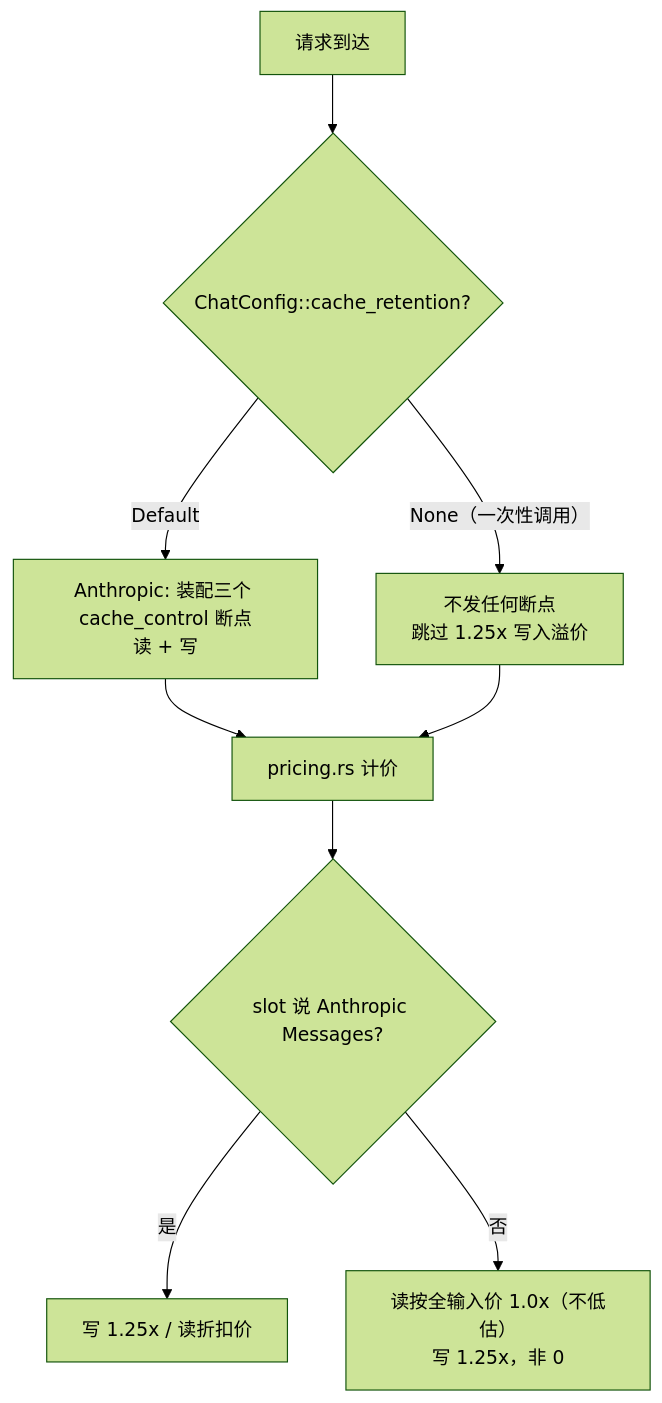
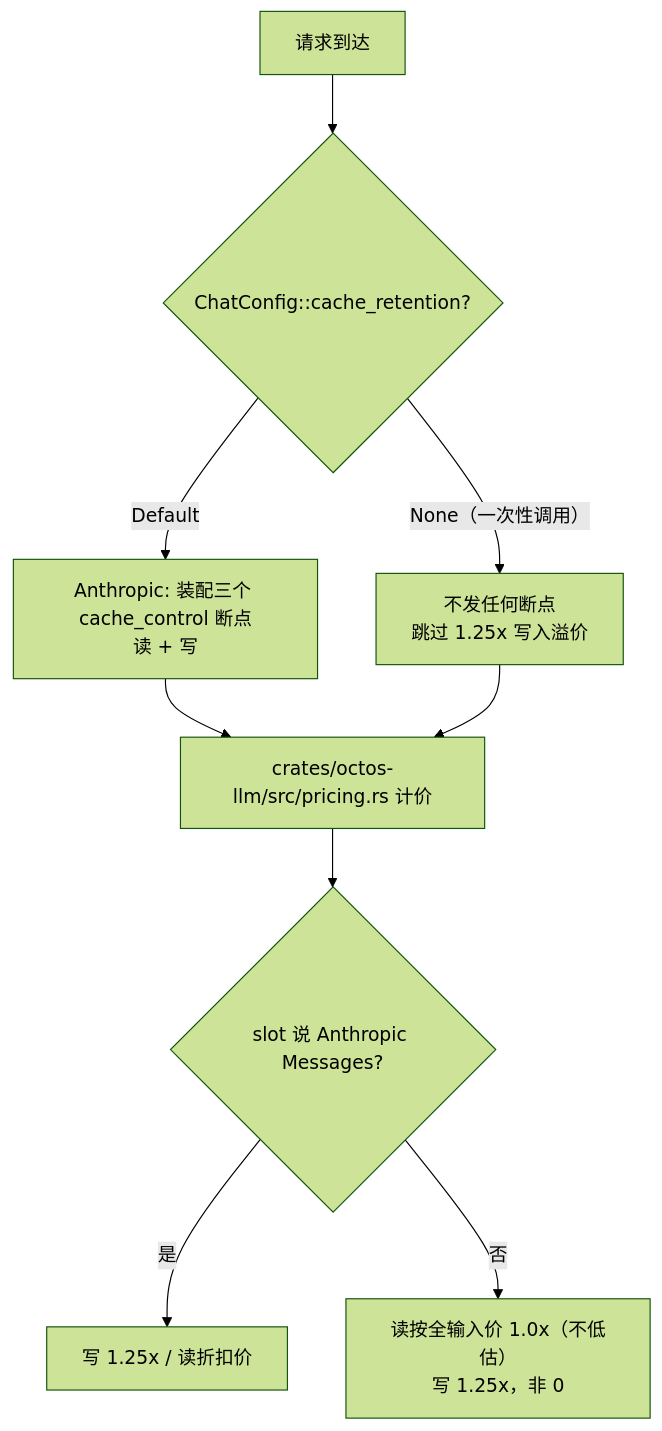
One commit to octos-org/octos-book changed the second of 2 diagrams in book/src/part1/ch03.md. Above: the diagram before and after it, drawn with Mermaid (forest theme). The commit also changed other lines of this file and 39 other files, not shown here.

````diff
--- a/book/src/part1/ch03.md
+++ b/book/src/part1/ch03.md
@@ -430,11 +430,11 @@
 ```mermaid
 flowchart TD
     Req["请求到达"] --> CR{"ChatConfig::cache_retention?"}
     CR -->|Default| CC["Anthropic: 装配三个 cache_control 断点<br/>读 + 写"]
     CR -->|"None（一次性调用）"| NC["不发任何断点<br/>跳过 1.25x 写入溢价"]
-    CC --> P["pricing.rs 计价"]
+    CC --> P["crates/octos-llm/src/pricing.rs 计价"]
     NC --> P
     P --> AP{"slot 说 Anthropic Messages?"}
     AP -->|是| W["写 1.25x / 读折扣价"]
     AP -->|否| F["读按全输入价 1.0x（不低估）<br/>写 1.25x，非 0"]
 ```
````
